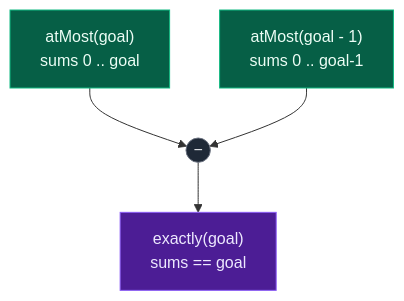
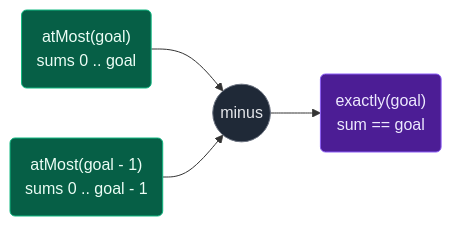
The fourth of 8 diagrams in 04. Sliding window/04. At Most Trick/01. 930. Binary Subarrays With Sum.md (ajay-nikumbh/dsa-notes), drawn with Mermaid before and after one commit. The commit also changed other lines of this file, not shown here.

First line of the commit message:
Sliding Window 10: rewrite 930 Binary Subarrays With Sum

````diff
--- a/04. Sliding window/04. At Most Trick/01. 930. Binary Subarrays With Sum.md
+++ b/04. Sliding window/04. At Most Trick/01. 930. Binary Subarrays With Sum.md
@@ -77,15 +142,10 @@
 ```mermaid
-flowchart TD
-    W1["atMost(goal)<br/>sums 0 .. goal"]:::calc
-    W2["atMost(goal - 1)<br/>sums 0 .. goal-1"]:::calc
-    S(("−")):::op
-    R["exactly(goal)<br/>sums == goal"]:::result
-
-    W1 --> S
-    W2 --> S
-    S --> R
+flowchart LR
+    W1("atMost(goal)<br/>sums 0 .. goal"):::calc --> S(("minus")):::op
+    W2("atMost(goal - 1)<br/>sums 0 .. goal - 1"):::calc --> S
+    S --> R("exactly(goal)<br/>sum == goal"):::result
 
     classDef calc fill:#065f46,stroke:#10b981,color:#ecfdf5
     classDef op fill:#1f2937,stroke:#6b7280,color:#e5e7eb
     classDef result fill:#4c1d95,stroke:#8b5cf6,color:#ede9fe
 ```
````
